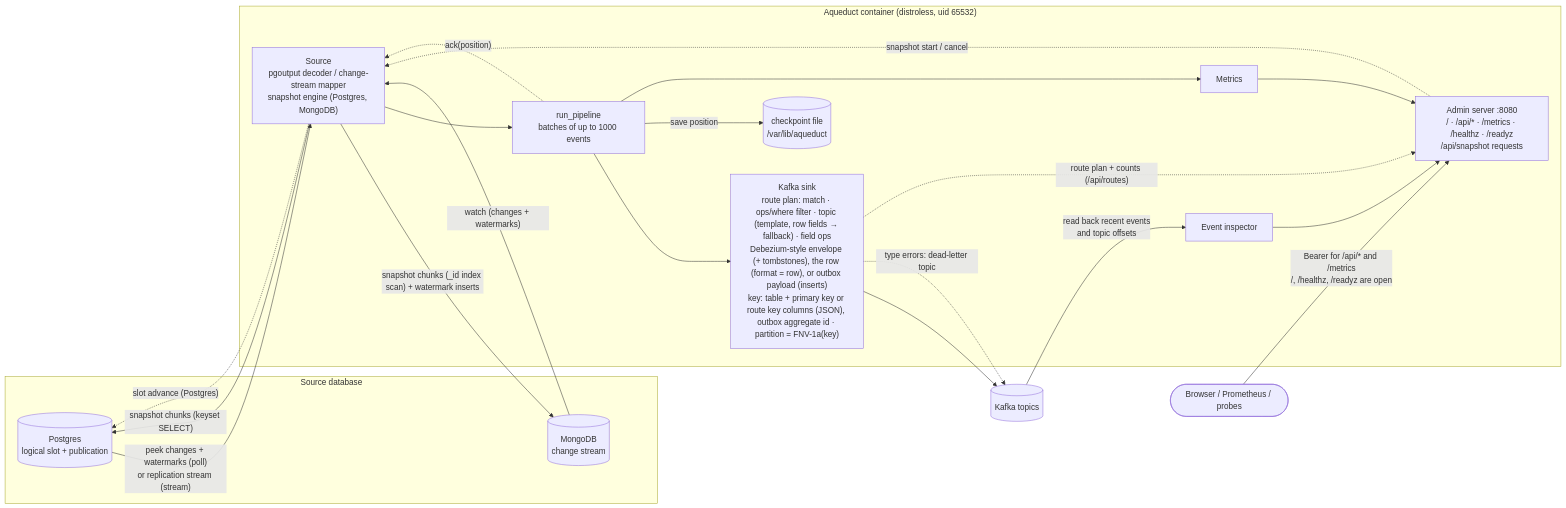
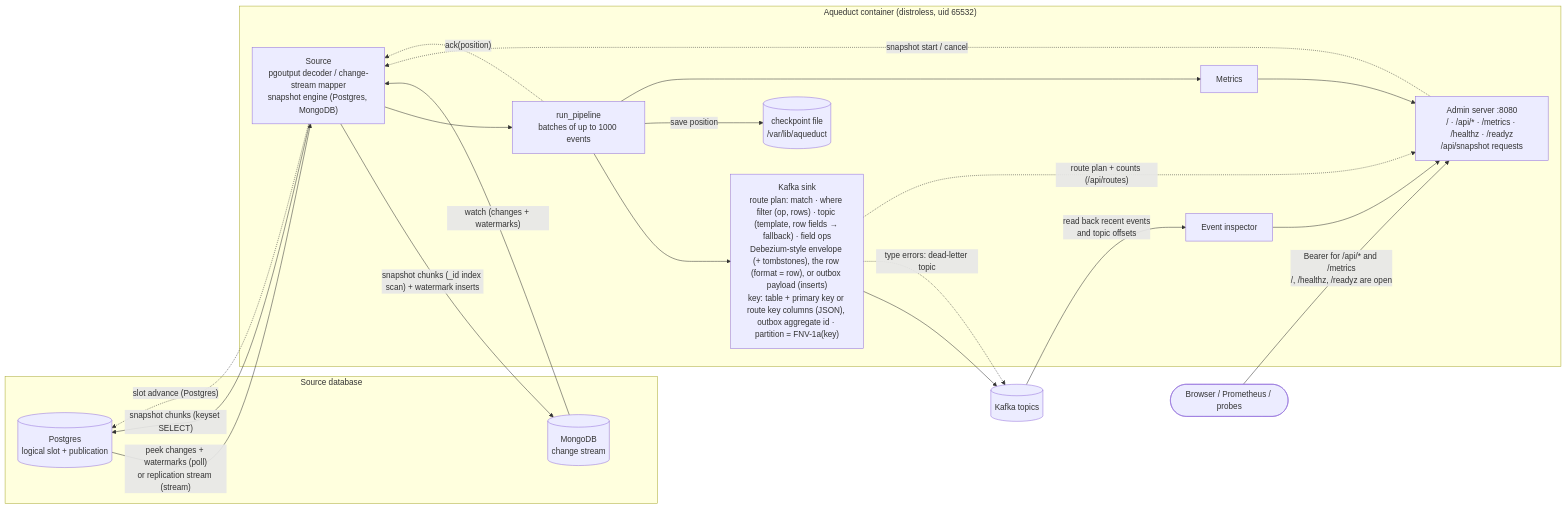
One commit to yarncraft/aqueduct changed the first of 3 diagrams in README.md. Above: the diagram before and after it, drawn with Mermaid. The commit also changed other lines of this file and 10 other files, not shown here.

First line of the commit message:
feat(routing): filter operations in the where predicate instead of a separate ops list (#169) (#170)

````diff
--- a/README.md
+++ b/README.md
@@ -18,35 +18,35 @@
 ```mermaid
 flowchart LR
     subgraph db["Source database"]
         PG[("Postgres<br/>logical slot + publication")]
         MG[("MongoDB<br/>change stream")]
     end
 
     subgraph aq["Aqueduct container (distroless, uid 65532)"]
         SRC["Source<br/>pgoutput decoder / change-stream mapper<br/>snapshot engine (Postgres, MongoDB)"]
         PIPE["run_pipeline<br/>batches of up to 1000 events"]
-        SINK["Kafka sink<br/>route plan: match · ops/where filter · topic (template, row fields → fallback) · field ops<br/>Debezium-style envelope (+ tombstones), the row (format = row), or outbox payload (inserts)<br/>key: table + primary key or route key columns (JSON), outbox aggregate id · partition = FNV-1a(key)"]
+        SINK["Kafka sink<br/>route plan: match · where filter (op, rows) · topic (template, row fields → fallback) · field ops<br/>Debezium-style envelope (+ tombstones), the row (format = row), or outbox payload (inserts)<br/>key: table + primary key or route key columns (JSON), outbox aggregate id · partition = FNV-1a(key)"]
         CK[("checkpoint file<br/>/var/lib/aqueduct")]
         MET["Metrics"]
         ADM["Admin server :8080<br/>/ · /api/* · /metrics · /healthz · /readyz<br/>/api/snapshot requests"]
         INS["Event inspector"]
     end
 
     K[("Kafka topics")]
     U(["Browser / Prometheus / probes"])
 
     PG -- "peek changes + watermarks (poll)<br/>or replication stream (stream)" --> SRC
     SRC -- "snapshot chunks (keyset SELECT)" --> PG
     MG -- "watch (changes + watermarks)" --> SRC
     SRC -- "snapshot chunks (_id index scan) + watermark inserts" --> MG
     SRC --> PIPE --> SINK --> K
     SINK -. "type errors: dead-letter topic" .-> K
     SINK -. "route plan + counts (/api/routes)" .-> ADM
     PIPE -- "save position" --> CK
     PIPE -. "ack(position)" .-> SRC
     SRC -. "slot advance (Postgres)" .-> PG
     PIPE --> MET --> ADM
     ADM -. "snapshot start / cancel" .-> SRC
     K -- "read back recent events<br/>and topic offsets" --> INS --> ADM
     U -- "Bearer for /api/* and /metrics<br/>/, /healthz, /readyz are open" --> ADM
 ```
````
